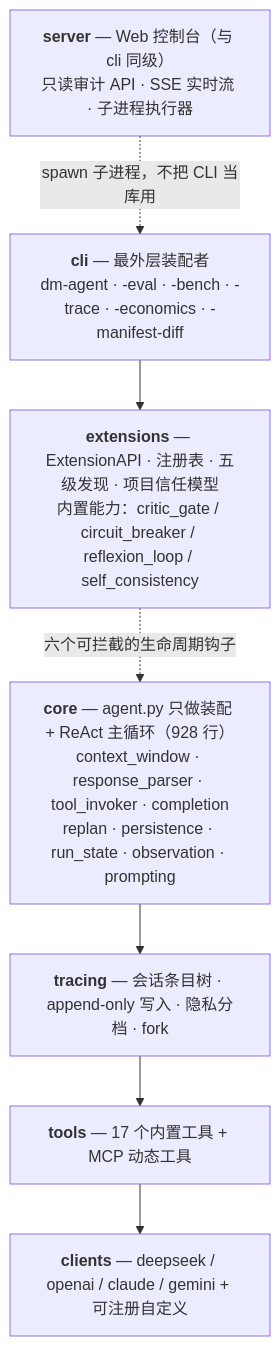
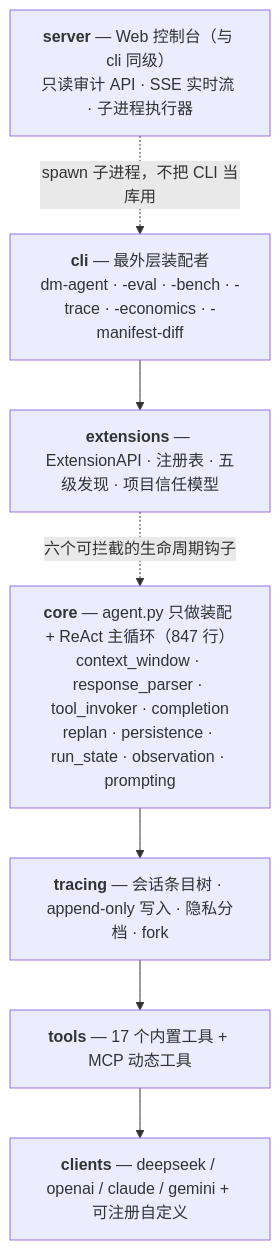
The diagram in README.md (hwfengcs/DM-Code-Agent), drawn with Mermaid before and after one commit. The commit also changed other lines of this file and 15 other files, not shown here.

````diff
--- a/README.md
+++ b/README.md
@@ -217,15 +224,15 @@
 ```mermaid
 flowchart TD
     WEB["<b>server</b> — Web 控制台（与 cli 同级）<br/>只读审计 API · SSE 实时流 · 子进程执行器"]
     CLI["<b>cli</b> — 最外层装配者<br/>dm-agent · -eval · -bench · -trace · -economics · -manifest-diff"]
-    EXT["<b>extensions</b> — ExtensionAPI · 注册表 · 五级发现 · 项目信任模型<br/>内置能力：critic_gate / circuit_breaker / reflexion_loop / self_consistency"]
-    CORE["<b>core</b> — agent.py 只做装配 + ReAct 主循环（928 行）<br/>context_window · response_parser · tool_invoker · completion<br/>replan · persistence · run_state · observation · prompting"]
+    EXT["<b>extensions</b> — ExtensionAPI · 注册表 · 五级发现 · 项目信任模型"]
+    CORE["<b>core</b> — agent.py 只做装配 + ReAct 主循环（847 行）<br/>context_window · response_parser · tool_invoker · completion<br/>replan · persistence · run_state · observation · prompting"]
     TRACING["<b>tracing</b> — 会话条目树 · append-only 写入 · 隐私分档 · fork"]
     TOOLS["<b>tools</b> — 17 个内置工具 + MCP 动态工具"]
     CLIENTS["<b>clients</b> — deepseek / openai / claude / gemini + 可注册自定义"]
 
     WEB -. "spawn 子进程，不把 CLI 当库用" .-> CLI
     CLI --> EXT
     EXT -. "六个可拦截的生命周期钩子" .-> CORE
     CORE --> TRACING --> TOOLS --> CLIENTS
 ```
````
